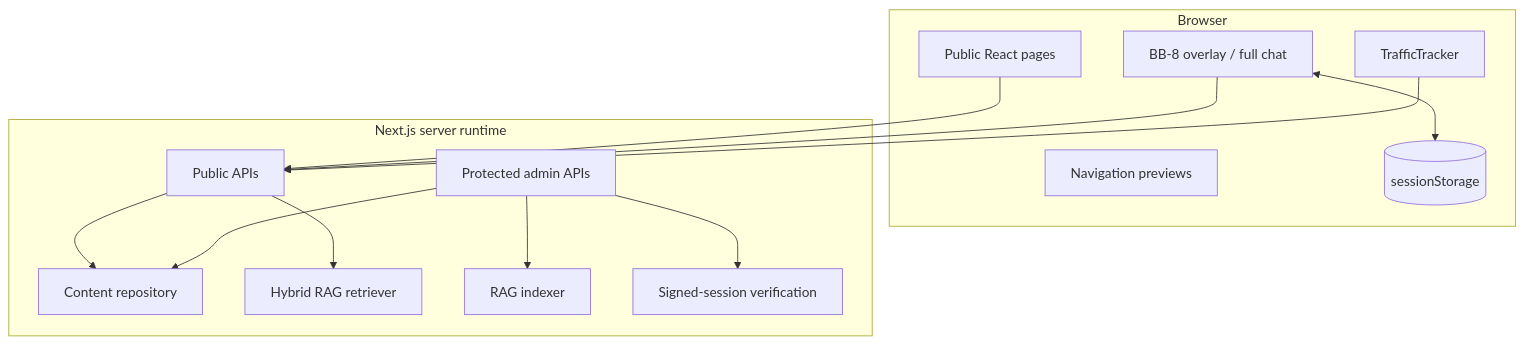
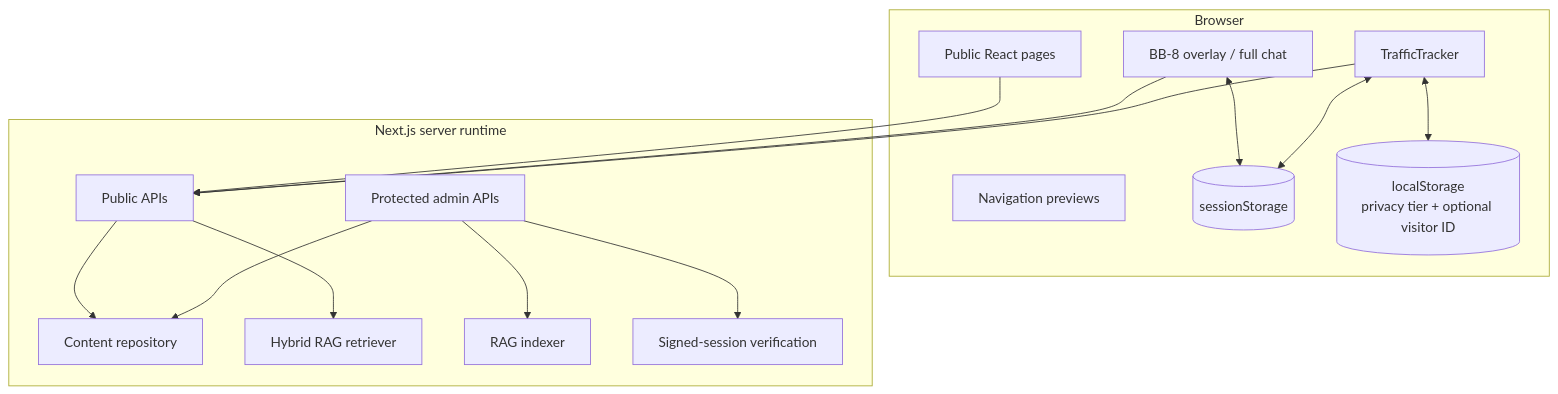
One commit to Skywalker1910/Tech-Portfolio changed the second of 5 diagrams in docs/ARCHITECTURE.md. Above: the diagram before and after it, drawn with Mermaid. The commit also changed other lines of this file and 17 other files, not shown here.

````diff
--- a/docs/ARCHITECTURE.md
+++ b/docs/ARCHITECTURE.md
@@ -56,29 +56,32 @@
 ```mermaid
 flowchart TB
     subgraph Browser
       Navbar[Navigation previews]
       Pages[Public React pages]
       BB8[BB-8 overlay / full chat]
       Tracker[TrafficTracker]
       Session[(sessionStorage)]
+      Local[(localStorage\nprivacy tier + optional visitor ID)]
     end
 
     subgraph NextServer[Next.js server runtime]
       PublicRoutes[Public APIs]
       ProtectedRoutes[Protected admin APIs]
       Repository[Content repository]
       Retriever[Hybrid RAG retriever]
       Indexer[RAG indexer]
       Auth[Signed-session verification]
     end
 
     Pages --> PublicRoutes
     BB8 --> PublicRoutes
     Tracker --> PublicRoutes
     BB8 <--> Session
+    Tracker <--> Local
+    Tracker <--> Session
     ProtectedRoutes --> Auth
     PublicRoutes --> Repository
     ProtectedRoutes --> Repository
     PublicRoutes --> Retriever
     ProtectedRoutes --> Indexer
 ```
````
